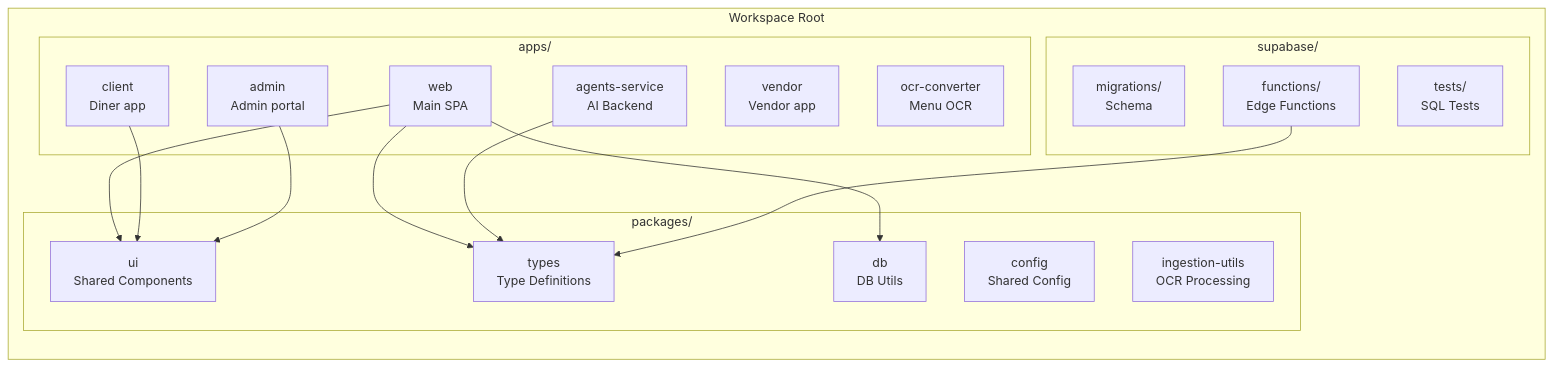
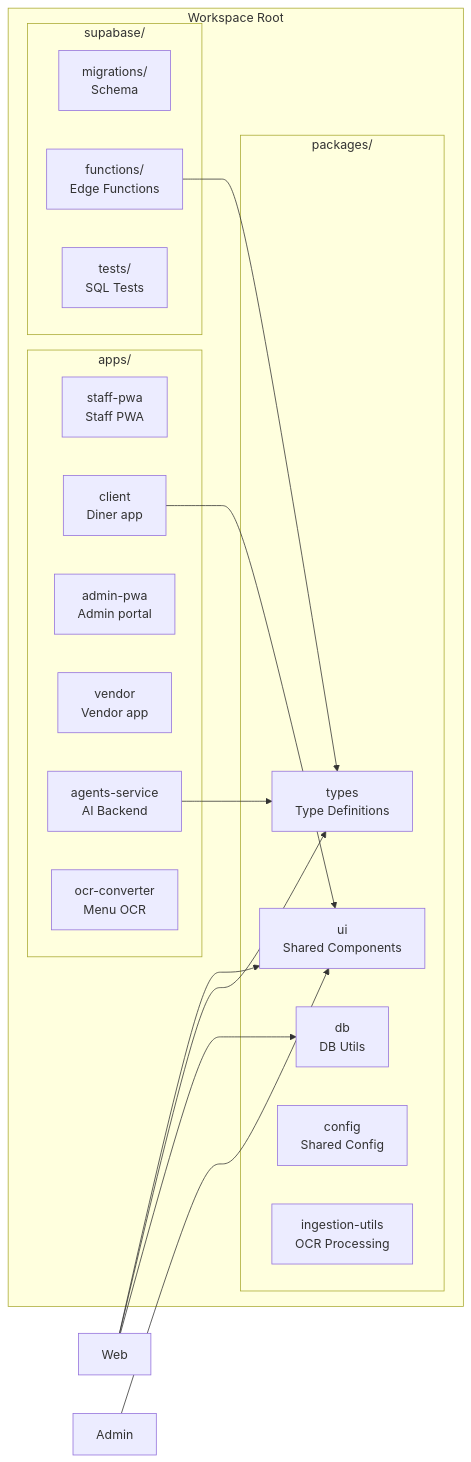
Before and after one commit to ikanisa/icupa: the second of 8 diagrams in docs/ARCHITECTURE.md, drawn with Mermaid. The commit also changed other lines of this file and 151 other files, not shown here.

````diff
--- a/docs/ARCHITECTURE.md
+++ b/docs/ARCHITECTURE.md
@@ -86,35 +86,35 @@
 ```mermaid
 graph LR
     subgraph "Workspace Root"
         subgraph "apps/"
-            Web[web<br/>Main SPA]
+            StaffPWA[staff-pwa<br/>Staff PWA]
             Client[client<br/>Diner app]
-            Admin[admin<br/>Admin portal]
+            AdminPWA[admin-pwa<br/>Admin portal]
             Vendor[vendor<br/>Vendor app]
             Agents[agents-service<br/>AI Backend]
             OCR[ocr-converter<br/>Menu OCR]
         end
         
         subgraph "packages/"
             UI[ui<br/>Shared Components]
             Types[types<br/>Type Definitions]
             DB[db<br/>DB Utils]
             Config[config<br/>Shared Config]
             Ingestion[ingestion-utils<br/>OCR Processing]
         end
         
         subgraph "supabase/"
             Migrations[migrations/<br/>Schema]
             Functions[functions/<br/>Edge Functions]
             Tests[tests/<br/>SQL Tests]
         end
     end
     
     Web --> UI
     Web --> Types
     Web --> DB
     Client --> UI
     Admin --> UI
     Agents --> Types
     Functions --> Types
 ```
````
